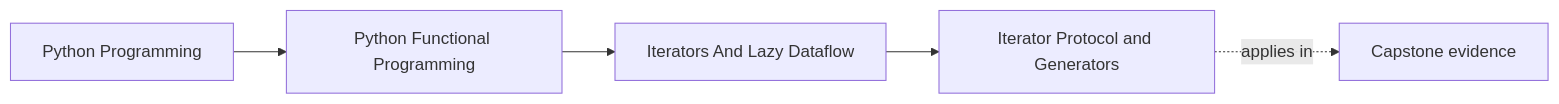
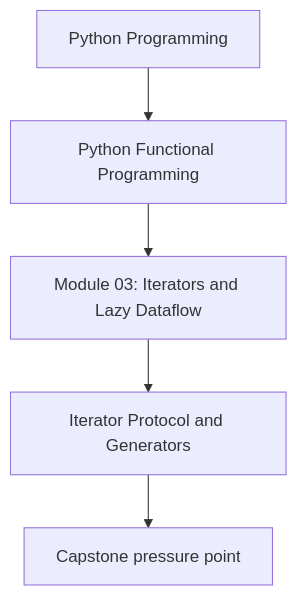
One commit to bijux/bijux-masterclass changed the first of 2 diagrams in programs/python-programming/python-functional-programming/course-book/module-03-iterators-and-lazy-dataflow/iterator-protocol-and-generators.md. Above: the diagram before and after it, drawn with Mermaid. The commit also changed other lines of this file and 118 other files, not shown here.

Commit message:
docs(python-functional-programming): align concept page diagrams

````diff
--- a/programs/python-programming/python-functional-programming/course-book/module-03-iterators-and-lazy-dataflow/iterator-protocol-and-generators.md
+++ b/programs/python-programming/python-functional-programming/course-book/module-03-iterators-and-lazy-dataflow/iterator-protocol-and-generators.md
@@ -7,11 +7,7 @@
 ```mermaid
-graph LR
-  family["Python Programming"]
-  program["Python Functional Programming"]
-  section["Iterators And Lazy Dataflow"]
-  page["Iterator Protocol and Generators"]
-  capstone["Capstone evidence"]
-
-  family --> program --> section --> page
-  page -.applies in.-> capstone
+flowchart TD
+  family["Python Programming"] --> program["Python Functional Programming"]
+  program --> module["Module 03: Iterators and Lazy Dataflow"]
+  module --> concept["Iterator Protocol and Generators"]
+  concept --> capstone["Capstone pressure point"]
 ```
````
